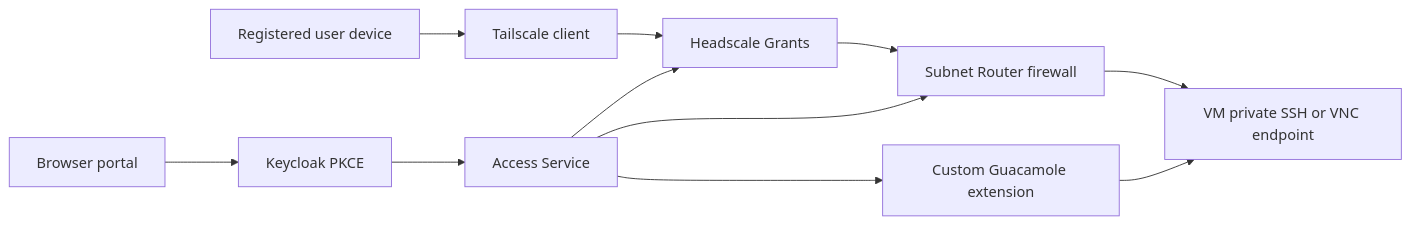
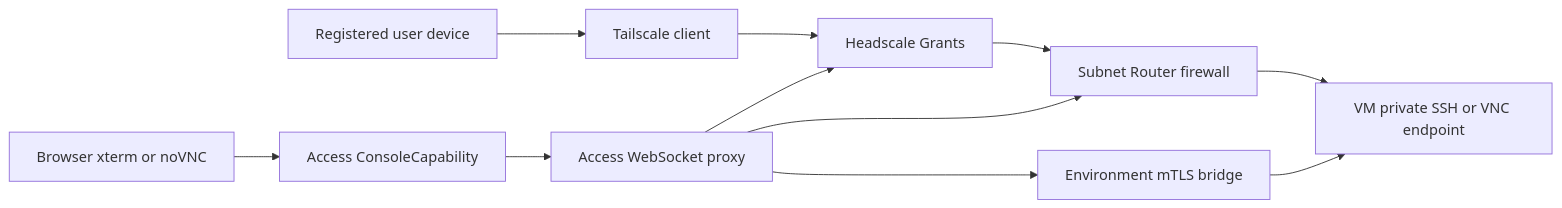
The diagram in docs/architecture/access-trust-boundary.md (TeamMonad/LabWeaver), drawn with Mermaid before and after one commit. The commit also changed other lines of this file and 22 other files, not shown here.

Commit message:
feat(contracts): add unified console capability contract

````diff
--- a/docs/architecture/access-trust-boundary.md
+++ b/docs/architecture/access-trust-boundary.md
@@ -57,13 +57,13 @@
 ```mermaid
 flowchart LR
     D["Registered user device"] --> T["Tailscale client"]
     T --> H["Headscale Grants"]
     H --> R["Subnet Router firewall"]
     R --> V["VM private SSH or VNC endpoint"]
-    B["Browser portal"] --> P["Keycloak PKCE"]
-    P --> A["Access Service"]
-    A --> G["Custom Guacamole extension"]
-    G --> V
+    B["Browser xterm or noVNC"] --> P["Access ConsoleCapability"]
+    P --> A["Access WebSocket proxy"]
+    A --> E["Environment mTLS bridge"]
+    E --> V
     A --> H
     A --> R
 ```
````
